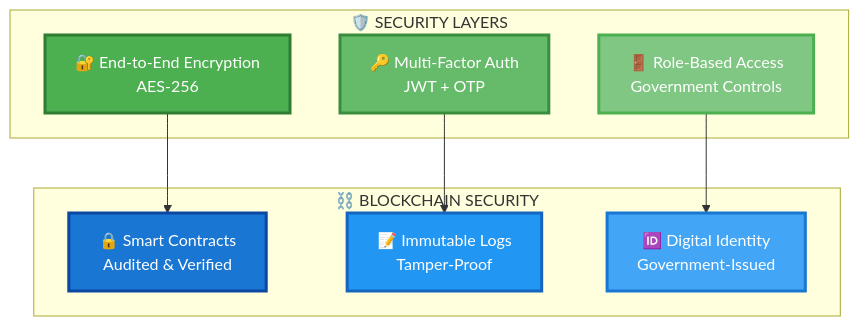
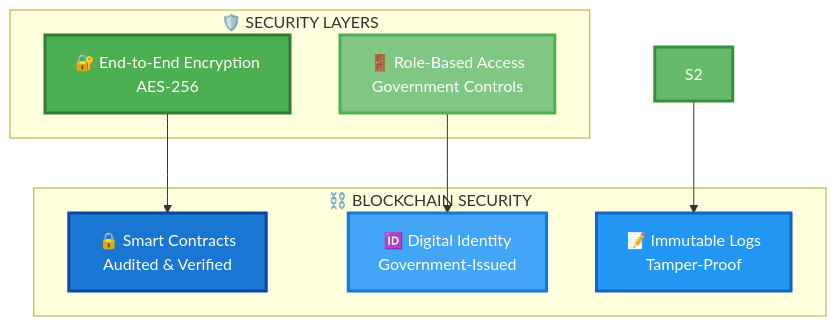
Before and after one commit to AnupamSingh2004/Safer: the sixth of 8 diagrams in architecture.md, drawn with Mermaid. The commit also changed other lines of this file and 4 other files, not shown here.

````diff
--- a/architecture.md
+++ b/architecture.md
@@ -181,25 +177,24 @@
 ```mermaid
 graph TB
     subgraph "🛡️ SECURITY LAYERS"
         S1[🔐 End-to-End Encryption<br/>AES-256]
-        S2[🔑 Multi-Factor Auth<br/>JWT + OTP]
         S3[🚪 Role-Based Access<br/>Government Controls]
     end
     
     subgraph "⛓️ BLOCKCHAIN SECURITY"
         B1[🔒 Smart Contracts<br/>Audited & Verified]
         B2[📝 Immutable Logs<br/>Tamper-Proof]
         B3[🆔 Digital Identity<br/>Government-Issued]
     end
     
     S1 --> B1
     S2 --> B2
     S3 --> B3
     
     style S1 fill:#4CAF50,stroke:#2E7D32,stroke-width:3px,color:#fff
     style S2 fill:#66BB6A,stroke:#388E3C,stroke-width:3px,color:#fff
     style S3 fill:#81C784,stroke:#4CAF50,stroke-width:3px,color:#fff
     style B1 fill:#1976D2,stroke:#0D47A1,stroke-width:3px,color:#fff
     style B2 fill:#2196F3,stroke:#1565C0,stroke-width:3px,color:#fff
     style B3 fill:#42A5F5,stroke:#1976D2,stroke-width:3px,color:#fff
 ```
````
